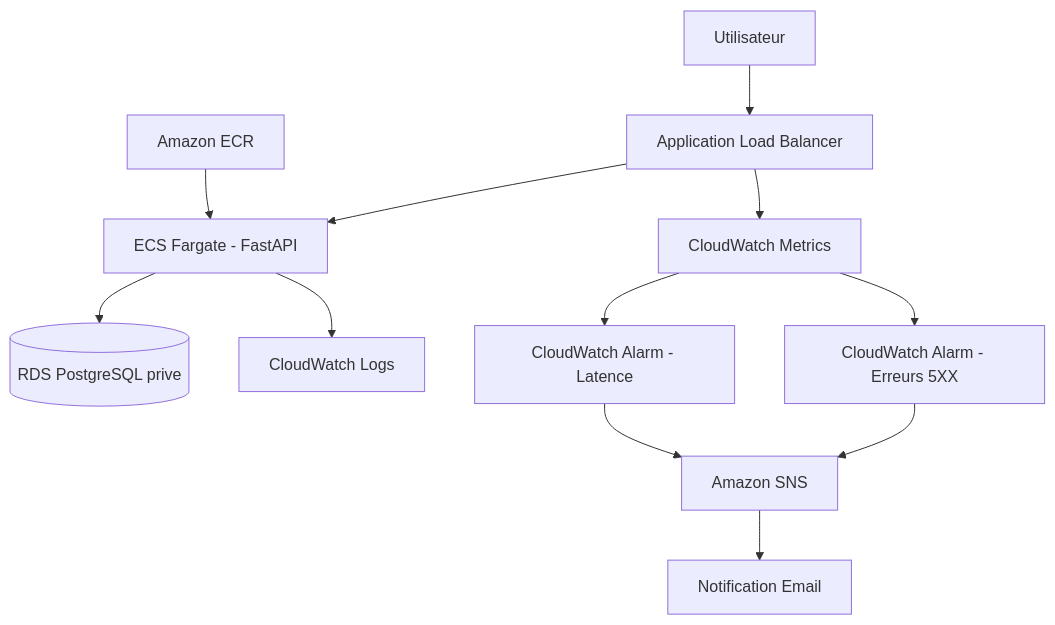
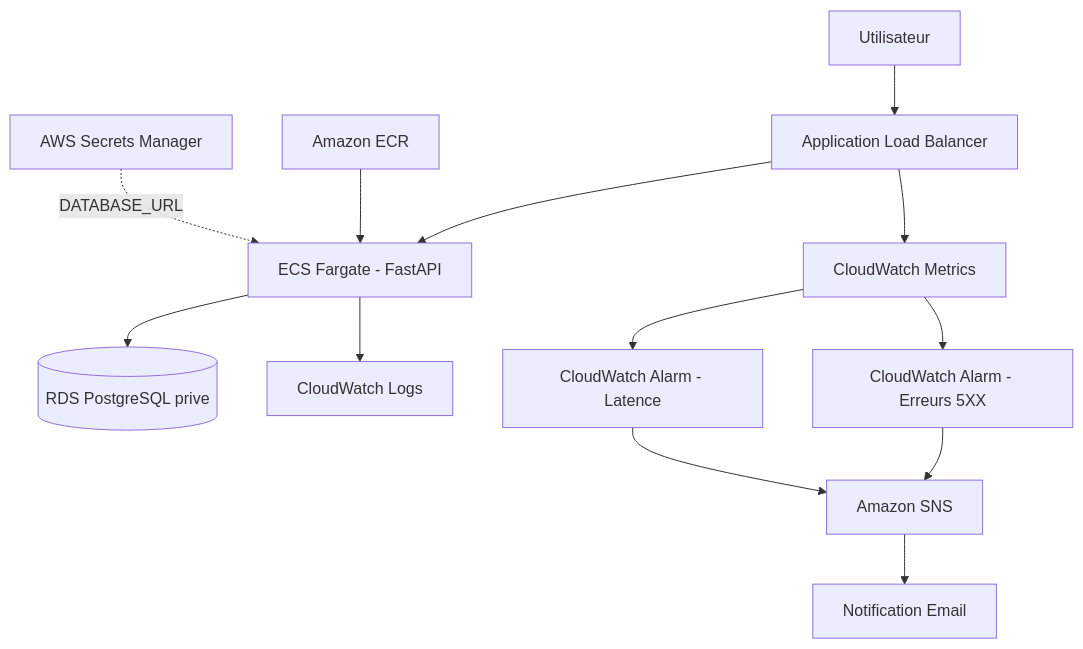
One commit to labosnie/Cloud-Incident-Projet changed the diagram in README.md. Above: the diagram before and after it, drawn with Mermaid. The commit also changed other lines of this file, not shown here.

````diff
--- a/README.md
+++ b/README.md
@@ -64,25 +65,27 @@
 ```mermaid
 flowchart TD
 
 User[Utilisateur] --> ALB[Application Load Balancer]
 
 ALB --> ECS[ECS Fargate - FastAPI]
 
 ECR[Amazon ECR] --> ECS
+
+SM[AWS Secrets Manager] -.->|DATABASE_URL| ECS
 
 ECS --> RDS[(RDS PostgreSQL prive)]
 
 ECS --> CWLogs[CloudWatch Logs]
 
 ALB --> Metrics[CloudWatch Metrics]
 
 Metrics --> Alarm5XX[CloudWatch Alarm - Erreurs 5XX]
 
 Metrics --> AlarmLatency[CloudWatch Alarm - Latence]
 
 Alarm5XX --> SNS[Amazon SNS]
 
 AlarmLatency --> SNS
 
 SNS --> Email[Notification Email]
 ```
````
